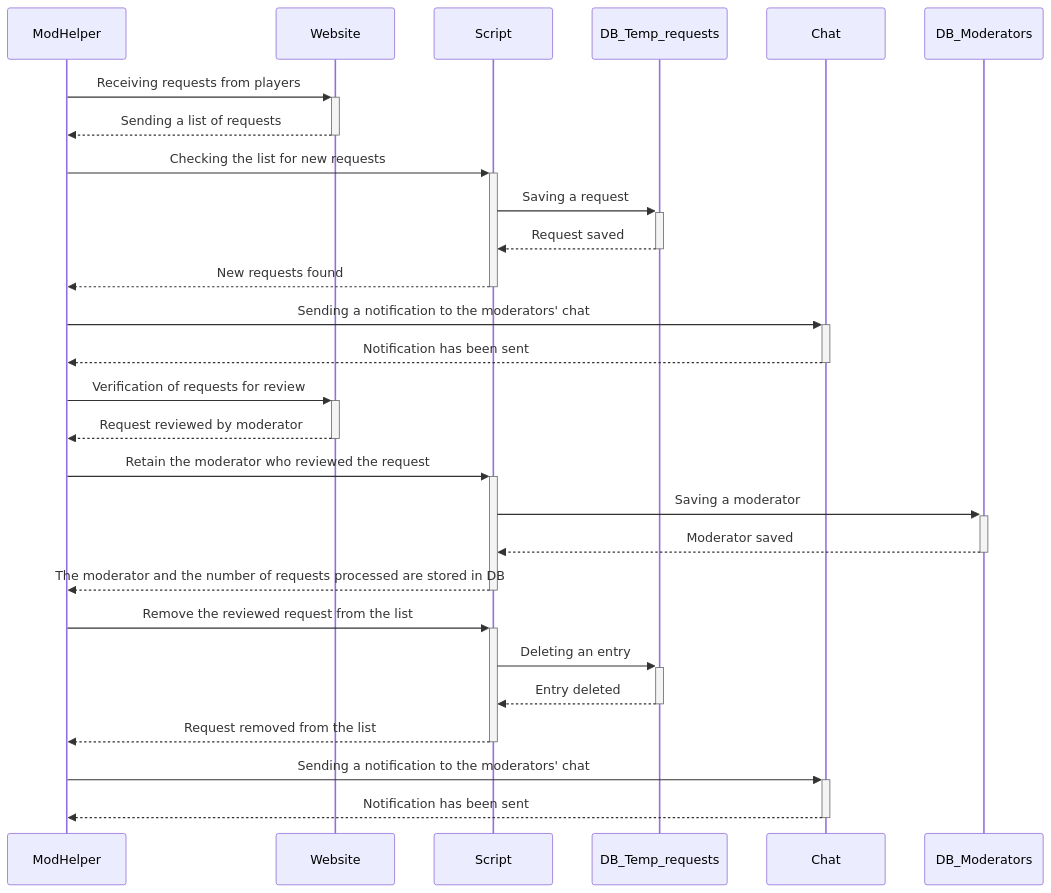
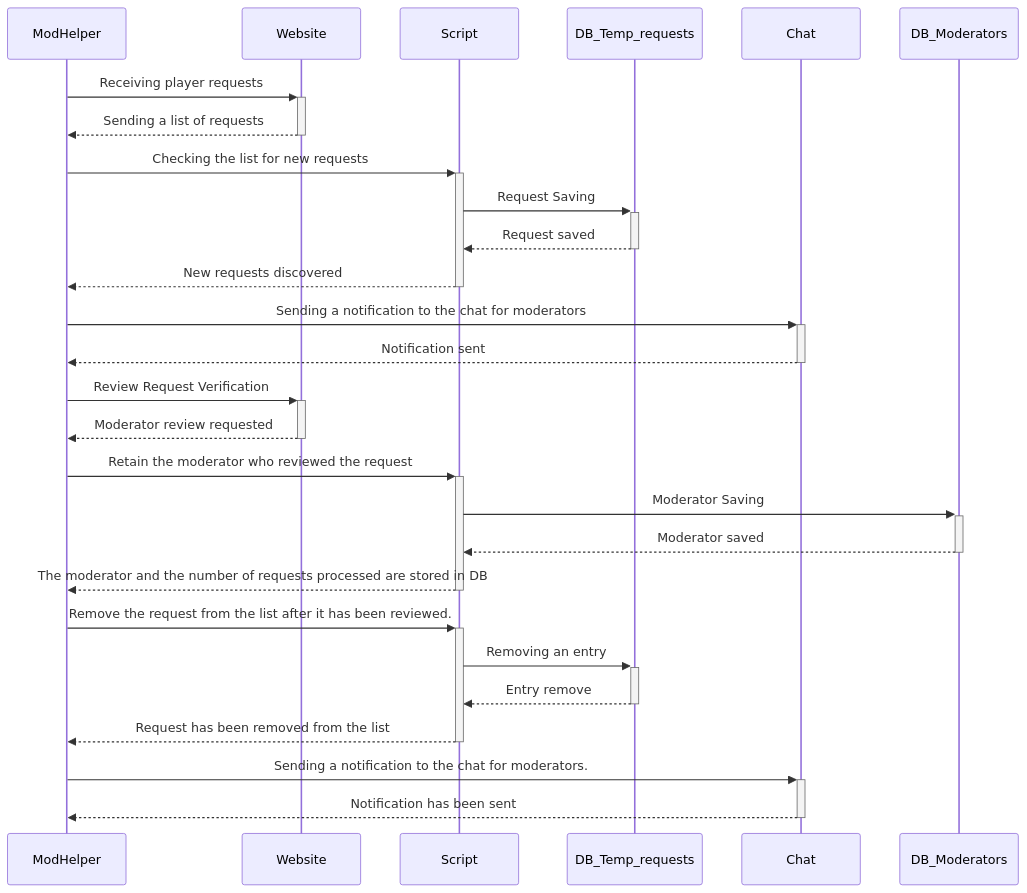
Before and after one commit to 0x715h1m070/chatbot-modhelper: the diagram in README.md, drawn with Mermaid. The commit also changed other lines of this file, not shown here.

````diff
--- a/README.md
+++ b/README.md
@@ -13,23 +13,23 @@
 ```mermaid
 sequenceDiagram
-    ModHelper->>+Website: Receiving requests from players
+    ModHelper->>+Website: Receiving player requests
     Website-->>-ModHelper: Sending a list of requests
     ModHelper->>+Script: Checking the list for new requests
-    Script->>+DB_Temp_requests: Saving a request
+    Script->>+DB_Temp_requests: Request Saving
     DB_Temp_requests-->>-Script: Request saved
-    Script-->>-ModHelper: New requests found
-    ModHelper->>+Chat: Sending a notification to the moderators' chat
-    Chat-->>-ModHelper: Notification has been sent
-    ModHelper->>+Website: Verification of requests for review
-    Website-->>-ModHelper: Request reviewed by moderator
+    Script-->>-ModHelper: New requests discovered
+    ModHelper->>+Chat: Sending a notification to the chat for moderators
+    Chat-->>-ModHelper: Notification sent
+    ModHelper->>+Website: Review Request Verification
+    Website-->>-ModHelper: Moderator review requested
     ModHelper->>+Script: Retain the moderator who reviewed the request
-    Script->>+DB_Moderators: Saving a moderator
+    Script->>+DB_Moderators: Moderator Saving
     DB_Moderators-->>-Script: Moderator saved
     Script-->>-ModHelper: The moderator and the number of requests processed are stored in DB
-    ModHelper->>+Script: Remove the reviewed request from the list
-    Script->>+DB_Temp_requests: Deleting an entry
-    DB_Temp_requests-->>-Script: Entry deleted
-    Script-->>-ModHelper: Request removed from the list
-    ModHelper->>+Chat: Sending a notification to the moderators' chat
+    ModHelper->>+Script: Remove the request from the list after it has been reviewed.
+    Script->>+DB_Temp_requests: Removing an entry
+    DB_Temp_requests-->>-Script: Entry remove
+    Script-->>-ModHelper: Request has been removed from the list
+    ModHelper->>+Chat: Sending a notification to the chat for moderators.
     Chat-->>-ModHelper: Notification has been sent
 ```
````
